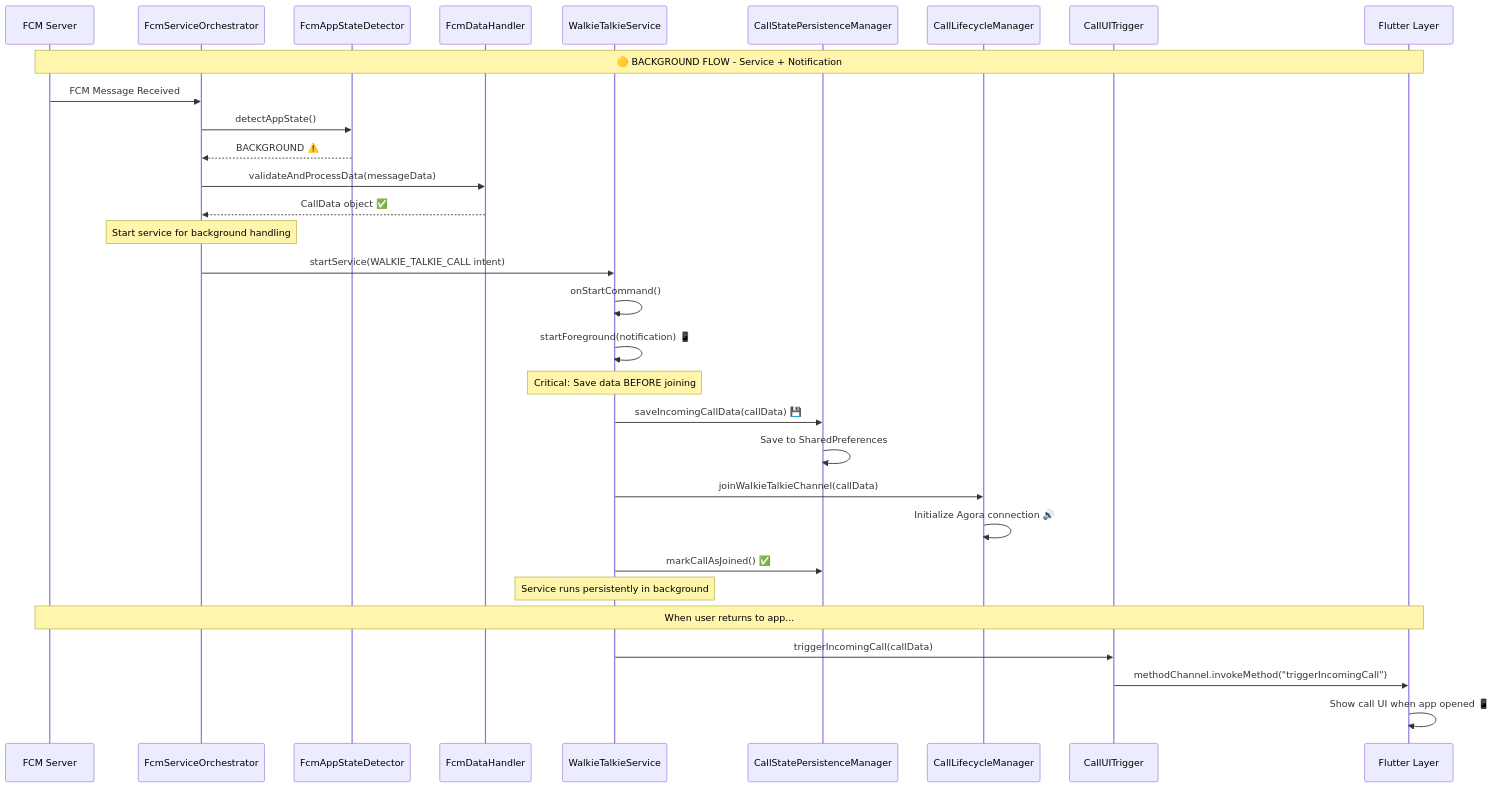
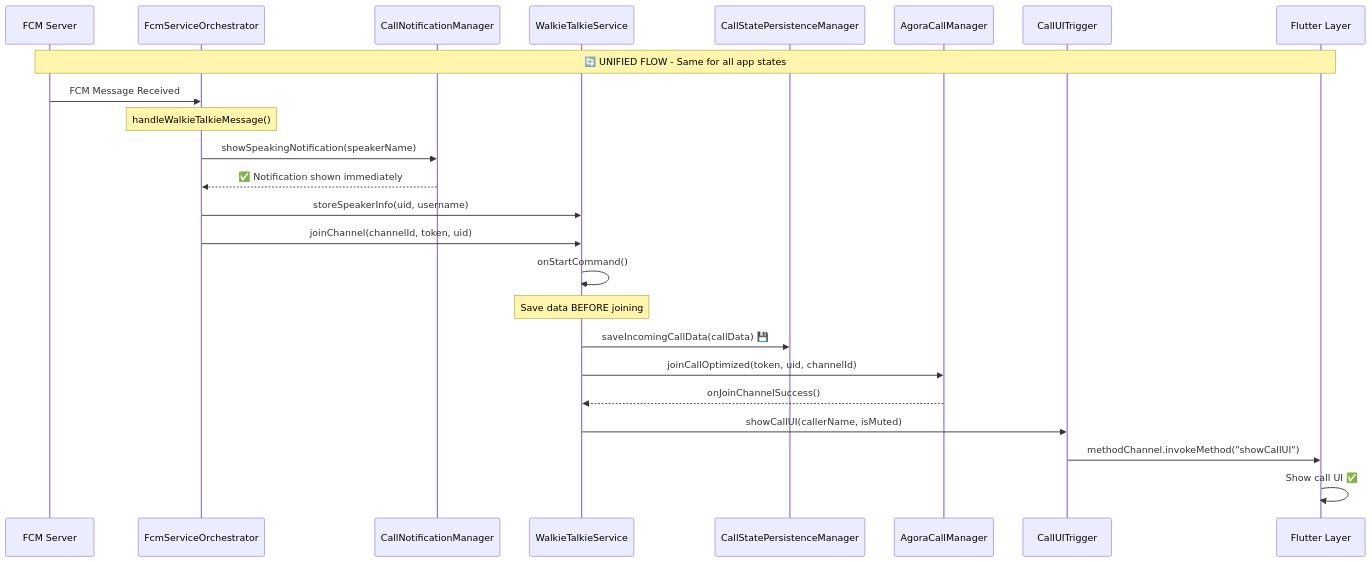
The second of 3 diagrams in docs/walkie-talkie/fcm-receiver-flow.md (DuckBuck-Studios/DuckBuck-AI-Walkie-Talkie), drawn with Mermaid before and after one commit. The commit also changed other lines of this file, not shown here.

````diff
--- a/docs/walkie-talkie/fcm-receiver-flow.md
+++ b/docs/walkie-talkie/fcm-receiver-flow.md
@@ -117,42 +75,33 @@
 ```mermaid
 sequenceDiagram
     participant FCM as FCM Server
     participant Orchestrator as FcmServiceOrchestrator
-    participant StateDetector as FcmAppStateDetector
-    participant DataHandler as FcmDataHandler
+    participant NotificationMgr as CallNotificationManager
     participant Service as WalkieTalkieService
     participant Persistence as CallStatePersistenceManager
-    participant Lifecycle as CallLifecycleManager
+    participant Lifecycle as AgoraCallManager
     participant UITrigger as CallUITrigger
     participant Flutter as Flutter Layer
 
-    Note over FCM,Flutter: 🟡 BACKGROUND FLOW - Service + Notification
+    Note over FCM,Flutter: 🔄 UNIFIED FLOW - Same for all app states
     
     FCM->>Orchestrator: FCM Message Received
-    Orchestrator->>StateDetector: detectAppState()
-    StateDetector-->>Orchestrator: BACKGROUND ⚠️
+    Note over Orchestrator: handleWalkieTalkieMessage()
     
-    Orchestrator->>DataHandler: validateAndProcessData(messageData)
-    DataHandler-->>Orchestrator: CallData object ✅
+    Orchestrator->>NotificationMgr: showSpeakingNotification(speakerName)
+    NotificationMgr-->>Orchestrator: ✅ Notification shown immediately
     
-    Note over Orchestrator: Start service for background handling
-    Orchestrator->>Service: startService(WALKIE_TALKIE_CALL intent)
+    Orchestrator->>Service: storeSpeakerInfo(uid, username)
+    Orchestrator->>Service: joinChannel(channelId, token, uid)
+    
     Service->>Service: onStartCommand()
-    Service->>Service: startForeground(notification) 📱
+    Note over Service: Save data BEFORE joining
+    Service->>Persistence: saveIncomingCallData(callData) 💾
     
-    Note over Service: Critical: Save data BEFORE joining
-    Service->>Persistence: saveIncomingCallData(callData) 💾
-    Persistence->>Persistence: Save to SharedPreferences
+    Service->>Lifecycle: joinCallOptimized(token, uid, channelId)
+    Lifecycle-->>Service: onJoinChannelSuccess()
     
-    Service->>Lifecycle: joinWalkieTalkieChannel(callData)
-    Lifecycle->>Lifecycle: Initialize Agora connection 🔊
-    
-    Service->>Persistence: markCallAsJoined() ✅
-    
-    Note over Service: Service runs persistently in background
-    Note over FCM,Flutter: When user returns to app...
-    
-    Service->>UITrigger: triggerIncomingCall(callData)
-    UITrigger->>Flutter: methodChannel.invokeMethod("triggerIncomingCall")
-    Flutter->>Flutter: Show call UI when app opened 📱
+    Service->>UITrigger: showCallUI(callerName, isMuted)
+    UITrigger->>Flutter: methodChannel.invokeMethod("showCallUI")
+    Flutter->>Flutter: Show call UI ✅
 ```
````
